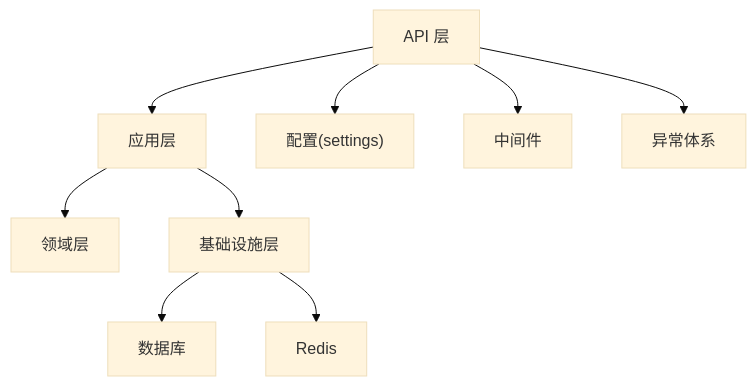
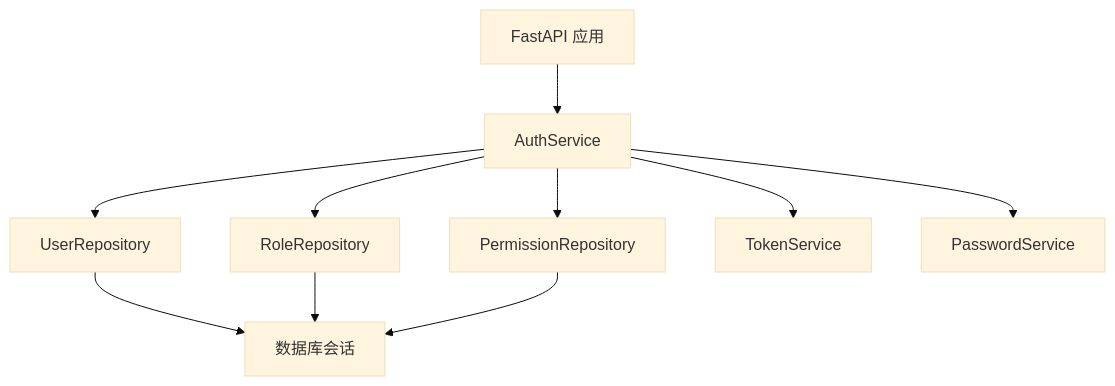
The fifth of 8 diagrams in .qoder/repowiki/zh/content/项目概述/架构设计/架构设计.md (taoweidong/Hello-FastApi), drawn with Mermaid (base theme) before and after one commit. The commit also changed other lines of this file and 24 other files, not shown here.

````diff
--- a/.qoder/repowiki/zh/content/项目概述/架构设计/架构设计.md
+++ b/.qoder/repowiki/zh/content/项目概述/架构设计/架构设计.md
@@ -295,11 +263,12 @@
 ```mermaid
 graph TD
-API["API 层"] --> APP["应用层"]
-APP --> DOMAIN["领域层"]
-APP --> INFRA["基础设施层"]
-INFRA --> DB["数据库"]
-INFRA --> CACHE["Redis"]
-API --> CFG["配置(settings)"]
-API --> MW["中间件"]
-API --> EXC["异常体系"]
+A["FastAPI 应用"] --> B["AuthService"]
+B --> C["UserRepository"]
+B --> D["RoleRepository"]
+B --> E["PermissionRepository"]
+B --> F["TokenService"]
+B --> G["PasswordService"]
+C --> H["数据库会话"]
+D --> H
+E --> H
 ```
````
